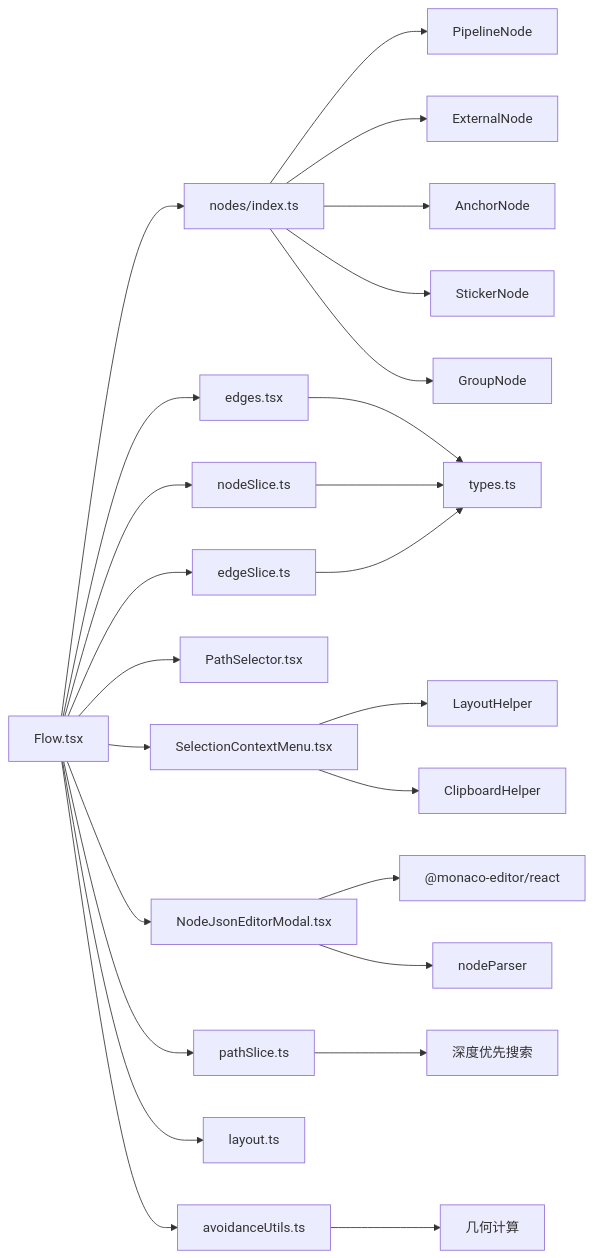
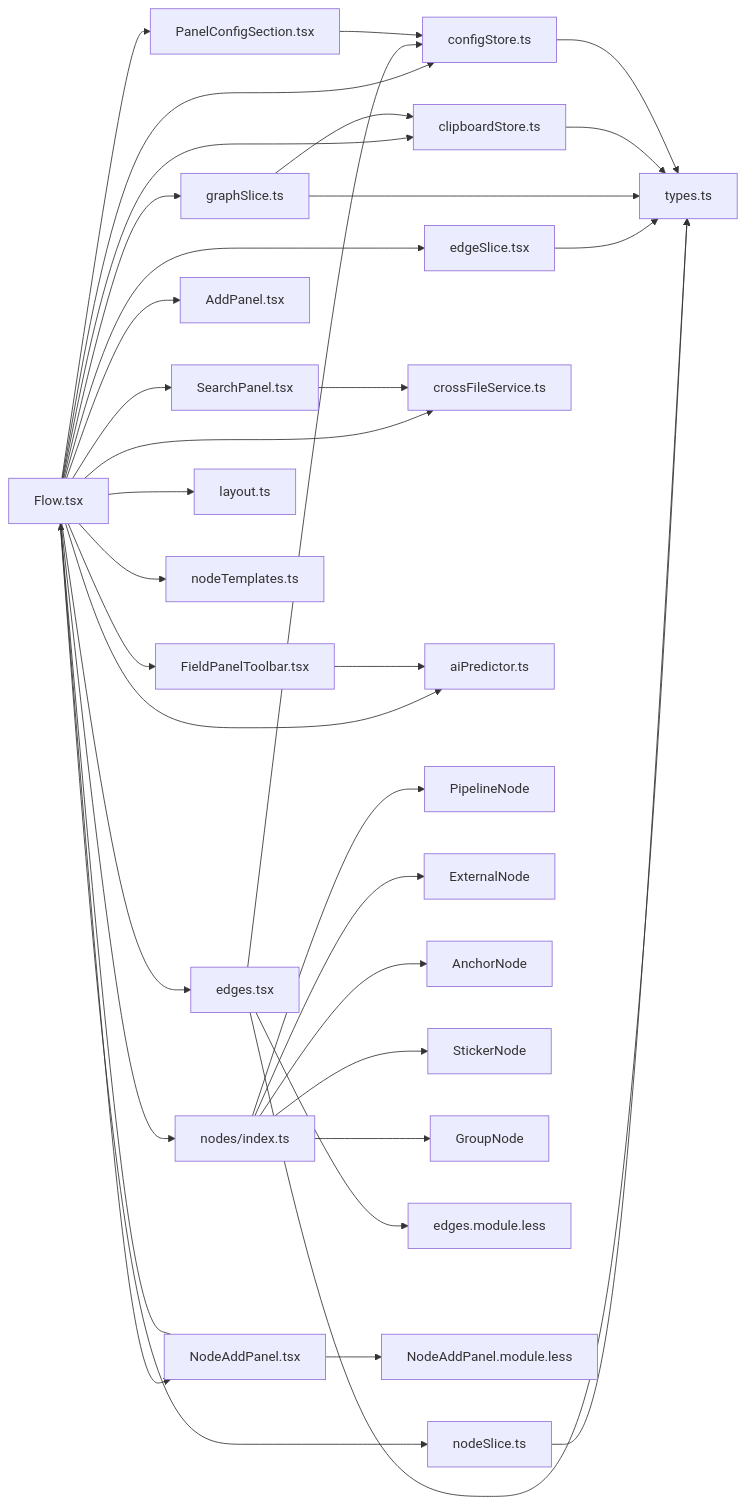
One commit to kqcoxn/MaaPipelineEditor changed diagram 14 of 21 in .qoder/repowiki/zh/content/工作流编辑器/工作流编辑器.md. Above: the diagram before and after it, drawn with Mermaid. The commit also changed other lines of this file and 51 other files, not shown here.

````diff
--- a/.qoder/repowiki/zh/content/工作流编辑器/工作流编辑器.md
+++ b/.qoder/repowiki/zh/content/工作流编辑器/工作流编辑器.md
@@ -603,27 +688,38 @@
 ```mermaid
 graph LR
 Flow["Flow.tsx"] --> NodesIdx["nodes/index.ts"]
 Flow --> Edges["edges.tsx"]
-Flow --> SelectionMenu["SelectionContextMenu.tsx"]
-Flow --> JsonEditor["NodeJsonEditorModal.tsx"]
-Flow --> PathSelector["PathSelector.tsx"]
+Flow --> ConfigPanel["PanelConfigSection.tsx"]
+Flow --> NodeAddPanel["NodeAddPanel.tsx"]
+Flow --> SearchPanel["SearchPanel.tsx"]
+Flow --> AddPanel["AddPanel.tsx"]
+Flow --> FieldPanelToolbar["FieldPanelToolbar.tsx"]
 Flow --> NS["nodeSlice.ts"]
-Flow --> ES["edgeSlice.ts"]
-Flow --> PathSlice["pathSlice.ts"]
+Flow --> ES["edgeSlice.tsx"]
+Flow --> GS["graphSlice.ts"]
+Flow --> CS["clipboardStore.ts"]
 Flow --> Layout["layout.ts"]
-Flow --> Avoidance["avoidanceUtils.ts"]
+Flow --> Templates["nodeTemplates.ts"]
+Flow --> ConfigStore["configStore.ts"]
+Flow --> CrossFileService["crossFileService.ts"]
+Flow --> AIPredictor["aiPredictor.ts"]
 NodesIdx --> PN["PipelineNode"]
 NodesIdx --> EN["ExternalNode"]
 NodesIdx --> AN["AnchorNode"]
 NodesIdx --> SN["StickerNode"]
 NodesIdx --> GN["GroupNode"]
 Edges --> Types["types.ts"]
-SelectionMenu --> LayoutHelper["LayoutHelper"]
-SelectionMenu --> Clipboard["ClipboardHelper"]
-JsonEditor --> Monaco["@monaco-editor/react"]
-JsonEditor --> Parser["nodeParser"]
-PathSlice --> DFS["深度优先搜索"]
-Avoidance --> Geometry["几何计算"]
+Edges --> ConfigStore
+Edges --> Styles["edges.module.less"]
 NS --> Types
 ES --> Types
+GS --> CS
+GS --> Types
+CS --> Types
+ConfigPanel --> ConfigStore
+ConfigStore --> Types
+SearchPanel --> CrossFileService
+FieldPanelToolbar --> AIPredictor
+NodeAddPanel --> Flow
+NodeAddPanel --> NodeAddStyles["NodeAddPanel.module.less"]
 ```
````
